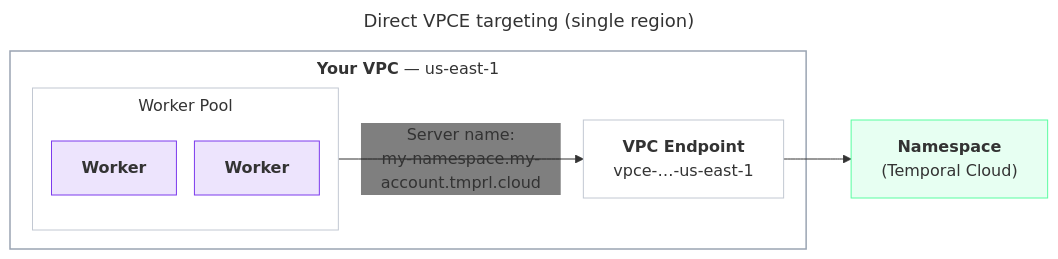
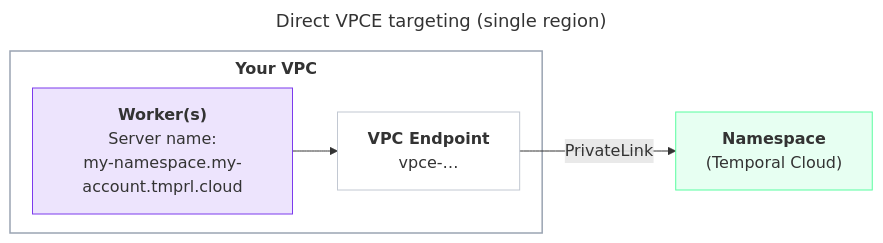
One commit to temporalio/documentation changed the first of 2 diagrams in docs/cloud/connectivity/aws-connectivity.mdx. Above: the diagram before and after it, drawn with Mermaid. The commit also changed other lines of this file, not shown here.

Commit message:
Direct VPCE Corrections

````diff
--- a/docs/cloud/connectivity/aws-connectivity.mdx
+++ b/docs/cloud/connectivity/aws-connectivity.mdx
@@ -216,24 +226,19 @@
 ```mermaid
 ---
 title: Direct VPCE targeting (single region)
 ---
-%%{init: {'themeVariables':{'fontFamily':'Inter, ui-sans-serif, system-ui, sans-serif','edgeLabelBackground':'transparent'},'flowchart':{'nodeSpacing':18,'rankSpacing':45,'curve':'basis','subGraphTitleMargin':{'top':6,'bottom':12}}}}%%
+%%{init: {'themeVariables':{'fontFamily':'Inter, ui-sans-serif, system-ui, sans-serif'},'flowchart':{'nodeSpacing':18,'rankSpacing':45,'curve':'basis','subGraphTitleMargin':{'top':6,'bottom':12}}}}%%
 flowchart LR
     classDef worker fill:#7C3AED22,stroke:#7C3AED,stroke-width:1px;
     classDef ns fill:#59FDA024,stroke:#59FDA0,stroke-width:1px;
     classDef endpoint fill:transparent,stroke:#c2c8d2,stroke-width:1px;
     classDef region fill:transparent,stroke:#9aa4b2,stroke-width:1.5px;
-    classDef pool fill:transparent,stroke:#c2c8d2,stroke-width:1px;
-    subgraph SREG["<b>Your VPC</b> — us-east-1"]
-      subgraph SWP["Worker Pool"]
-        SW1["<b>Worker</b>"]:::worker
-        SW2["<b>Worker</b>"]:::worker
-      end
-      SVPCE["<b>VPC Endpoint</b><br/>vpce-…-us-east-1"]:::endpoint
-      SWP -->|"Server name:<br/>my-namespace.my-account.tmprl.cloud"| SVPCE
+    subgraph SREG["<b>Your VPC</b>"]
+      SW["<b>Worker(s)</b><br/>Server name:<br/>my-namespace.my-account.tmprl.cloud"]:::worker
+      SVPCE["<b>VPC Endpoint</b><br/>vpce-…"]:::endpoint
+      SW --> SVPCE
     end
     SNS["<b>Namespace</b><br/>(Temporal Cloud)"]:::ns
-    SVPCE --> SNS
+    SVPCE -->|PrivateLink| SNS
     class SREG region
-    class SWP pool
 ```
````
